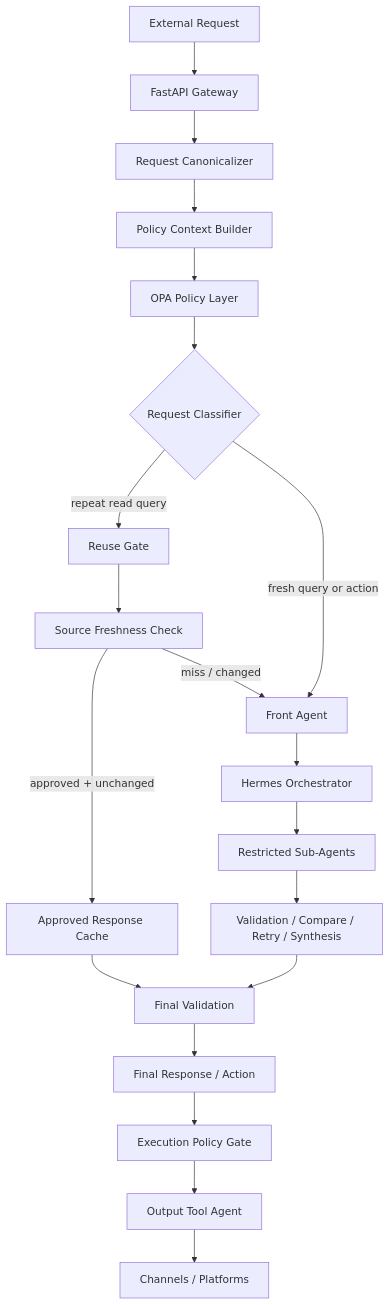
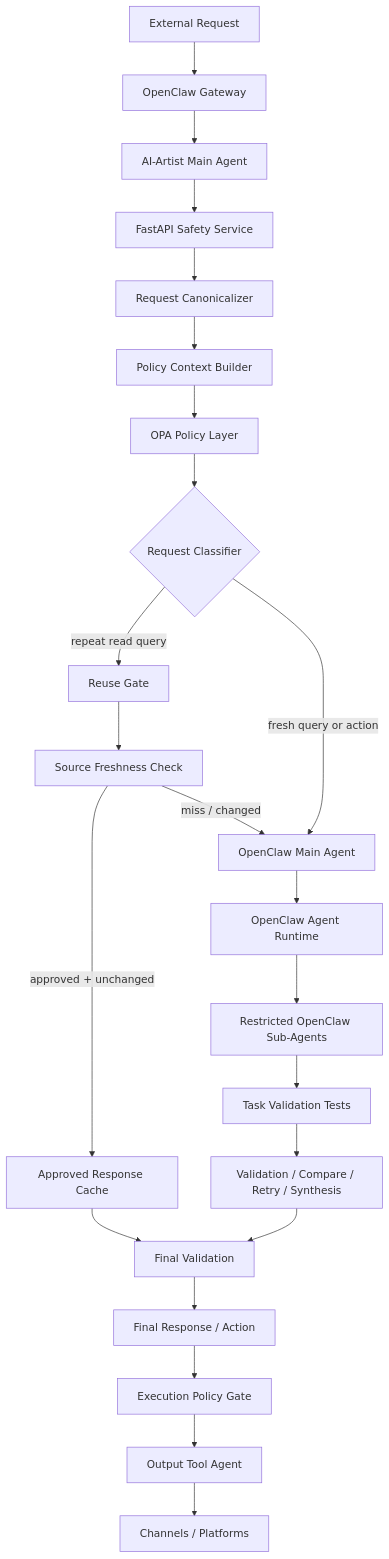
The diagram in local-ai-agent-system-latest-source/docs/diagrams/latest_mermaid_flow_v2.md (artprof964/AI-Artist), drawn with Mermaid before and after one commit. The commit also changed 19 other files, not shown here.

Commit message:
Align AI-Artist architecture and tracker

````diff
--- a/local-ai-agent-system-latest-source/docs/diagrams/latest_mermaid_flow_v2.md
+++ b/local-ai-agent-system-latest-source/docs/diagrams/latest_mermaid_flow_v2.md
@@ -3,24 +3,27 @@
 ```mermaid
 flowchart TD
-    ER["External Request"] --> FG["FastAPI Gateway"]
-    FG --> RC["Request Canonicalizer"]
+    ER["External Request"] --> FG["OpenClaw Gateway"]
+    FG --> MAIN["AI-Artist Main Agent"]
+    MAIN --> FSS["FastAPI Safety Service"]
+    FSS --> RC["Request Canonicalizer"]
     RC --> PCB["Policy Context Builder"]
     PCB --> OPA["OPA Policy Layer"]
     OPA --> RCL{"Request Classifier"}
 
     RCL -->|"repeat read query"| RG["Reuse Gate"]
     RG --> SFC["Source Freshness Check"]
     SFC -->|"approved + unchanged"| ARC["Approved Response Cache"]
-    SFC -->|"miss / changed"| FA["Front Agent"]
+    SFC -->|"miss / changed"| FA["OpenClaw Main Agent"]
     ARC --> FVAL["Final Validation"]
 
     RCL -->|"fresh query or action"| FA
-    FA --> HO["Hermes Orchestrator"]
-    HO --> SUB["Restricted Sub-Agents"]
-    SUB --> SYN["Validation / Compare / Retry / Synthesis"]
+    FA --> HO["OpenClaw Agent Runtime"]
+    HO --> SUB["Restricted OpenClaw Sub-Agents"]
+    SUB --> TESTS["Task Validation Tests"]
+    TESTS --> SYN["Validation / Compare / Retry / Synthesis"]
     SYN --> FVAL
     FVAL --> FRA["Final Response / Action"]
     FRA --> EPG["Execution Policy Gate"]
     EPG --> OTA["Output Tool Agent"]
     OTA --> CH["Channels / Platforms"]
 ```
````
